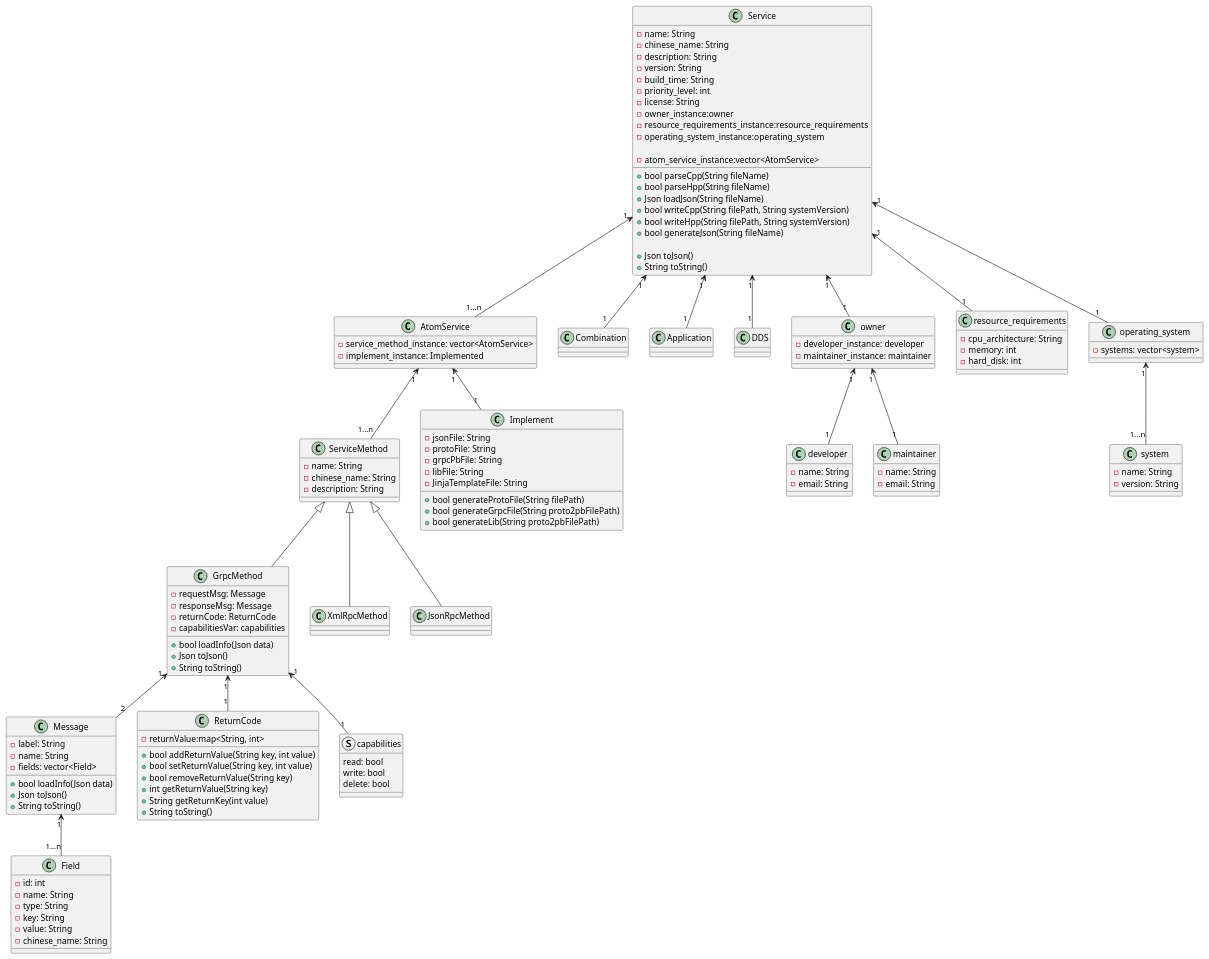
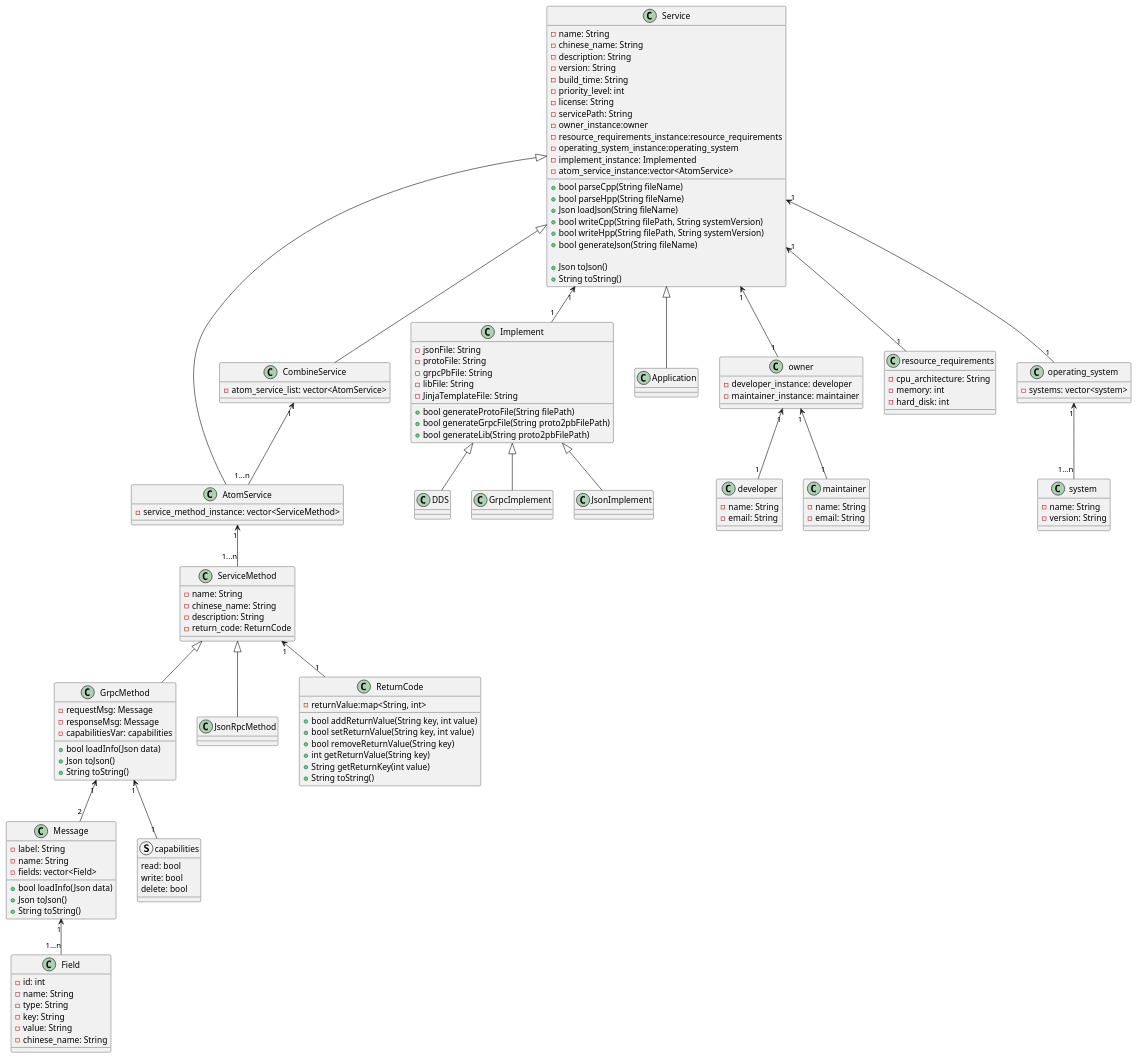
One commit to yi-shui-a/grpc-service-auto changed the diagram in uml.puml. Above: the diagram before and after it, drawn with PlantUML.

```diff
--- a/uml.puml
+++ b/uml.puml
@@ -1,185 +1,198 @@
 @startuml
 'https://plantuml.com/class-diagram
 
 class Service
 class Message
 class ServiceMethod
 class GrpcMethod
-class XmlRpcMethod
 class JsonRpcMethod
 class ReturnCode
 class AtomService
 class Implement
-class Combination
+class CombineService
 class Application
 class DDS
 
+Service <|-- AtomService
+Service <|-- CombineService
+Service <|-- Application
 
 
 AtomService "1"<--"1...n" ServiceMethod
-AtomService "1"<--"1" Implement
+
 
 GrpcMethod "1"<--"2" Message
-GrpcMethod "1"<--"1" ReturnCode
-
-Service "1"<--"1...n" AtomService
-Service "1"<--"1" Combination
-Service "1"<--"1" Application
-Service "1"<--"1" DDS
+ServiceMethod "1"<--"1" ReturnCode
 
 
+
+Implement <|-- DDS
+Implement <|-- GrpcImplement
+Implement <|-- JsonImplement
+
+CombineService "1"<--"1...n" AtomService
+
 ServiceMethod <|-- GrpcMethod
-ServiceMethod <|-- XmlRpcMethod
 ServiceMethod <|-- JsonRpcMethod
 
 
 class owner {
 	-developer_instance: developer
 	-maintainer_instance: maintainer
 }
 
 class developer {
 		-name: String
 		-email: String
 }
 
 class maintainer {
 		-name: String
 		-email: String
 }
 
 
 class resource_requirements {
     -cpu_architecture: String
     -memory: int
     -hard_disk: int
 }
 
 class system {
     -name: String
     -version: String
 }
 
 class operating_system {
     -systems: vector<system>
 }
 
 
 'Service "1"<--"1" developer
 'Service "1"<--"1" maintainer
+
 Service "1"<--"1" owner
 owner "1"<--"1" developer
 owner "1"<--"1" maintainer
 Service "1"<--"1" resource_requirements
 Service "1"<--"1" operating_system
+Service "1"<--"1" Implement
 operating_system "1"<--"1...n" system
 
 
 
 
 class Service {
     -name: String
     -chinese_name: String
     -description: String
     -version: String
     -build_time: String
     -priority_level: int
     -license: String
+    -servicePath: String
     -owner_instance:owner
     -resource_requirements_instance:resource_requirements
     -operating_system_instance:operating_system
-
+    -implement_instance: Implemented
     -atom_service_instance:vector<AtomService>
 
     '+String loadFile(String filePath)
     +bool parseCpp(String fileName)
     +bool parseHpp(String fileName)
     +Json loadJson(String fileName)
     +bool writeCpp(String filePath, String systemVersion)
     +bool writeHpp(String filePath, String systemVersion)
     +bool generateJson(String fileName)
+'    +bool generateServiceProject()
+'    +bool generateServiceLib()
 
     +Json toJson()
     +String toString()
 }
 class AtomService{
-    -service_method_instance: vector<AtomService>
-    -implement_instance: Implemented
+    -service_method_instance: vector<ServiceMethod>
 }
+
+class CombineService {
+    -atom_service_list: vector<AtomService>
+}
+
+
 class Implement {
     -jsonFile: String
     -protoFile: String
     -grpcPbFile: String
     -libFile: String
     -JinjaTemplateFile: String
 
     +bool generateProtoFile(String filePath)
     +bool generateGrpcFile(String proto2pbFilePath)
     +bool generateLib(String proto2pbFilePath)
 }
 
 
 
 struct capabilities {
     read: bool
     write: bool
     delete: bool
 }
 
 GrpcMethod "1"<--"1" capabilities
 
 class ServiceMethod {
     -name: String
     -chinese_name: String
     -description: String
+    -return_code: ReturnCode
 }
 
 
 class GrpcMethod {
 
     -requestMsg: Message
     -responseMsg: Message
-    -returnCode: ReturnCode
     -capabilitiesVar: capabilities
 
     +bool loadInfo(Json data)
     +Json toJson()
     +String toString()
 }
 
 class ReturnCode {
     -returnValue:map<String, int>
 
     +bool addReturnValue(String key, int value)
     +bool setReturnValue(String key, int value)
     +bool removeReturnValue(String key)
     +int getReturnValue(String key)
     +String getReturnKey(int value)
 		+String toString()
 }
 
 class Field {
     -id: int
     -name: String
     -type: String
     -key: String
     -value: String
     -chinese_name: String
 }
 
 Message "1"<--"1...n" Field
 
 class Message {
     -label: String
     -name: String
     -fields: vector<Field>
 
     +bool loadInfo(Json data)
     +Json toJson()
     +String toString()
 }
 
 
 
 
 @enduml
```
